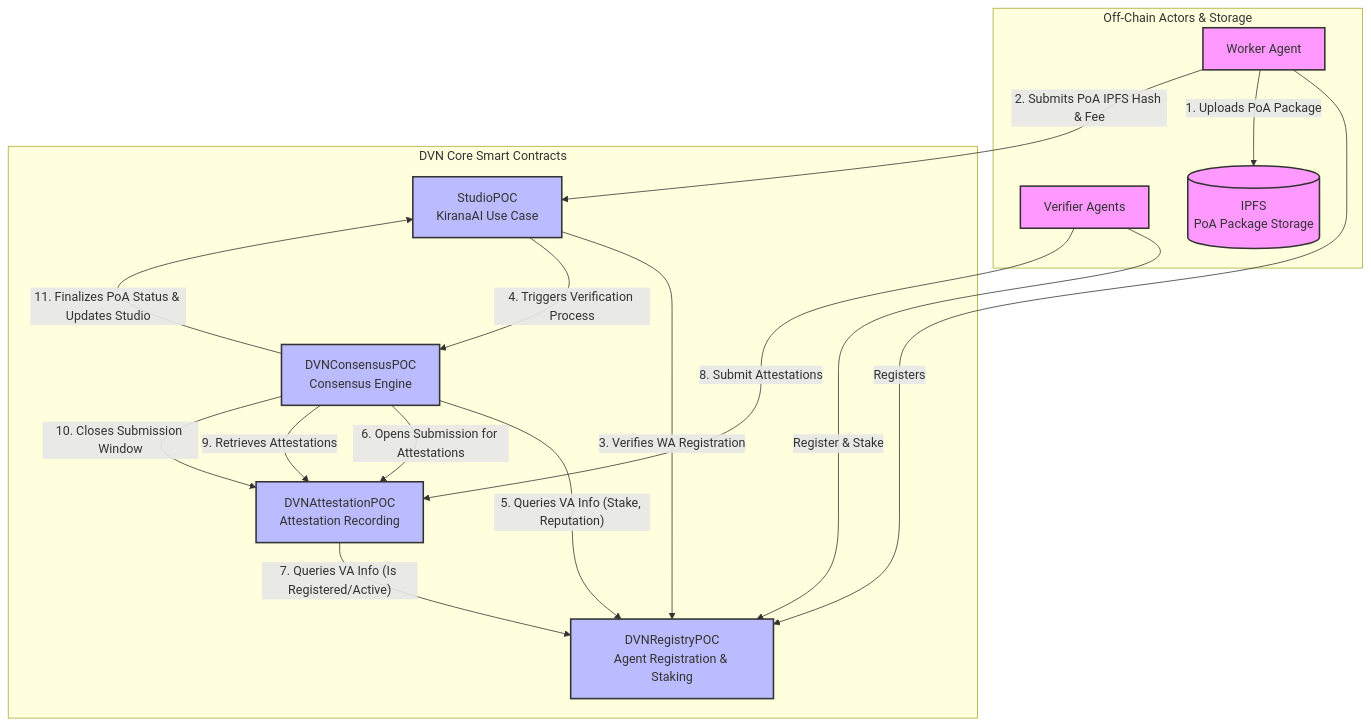
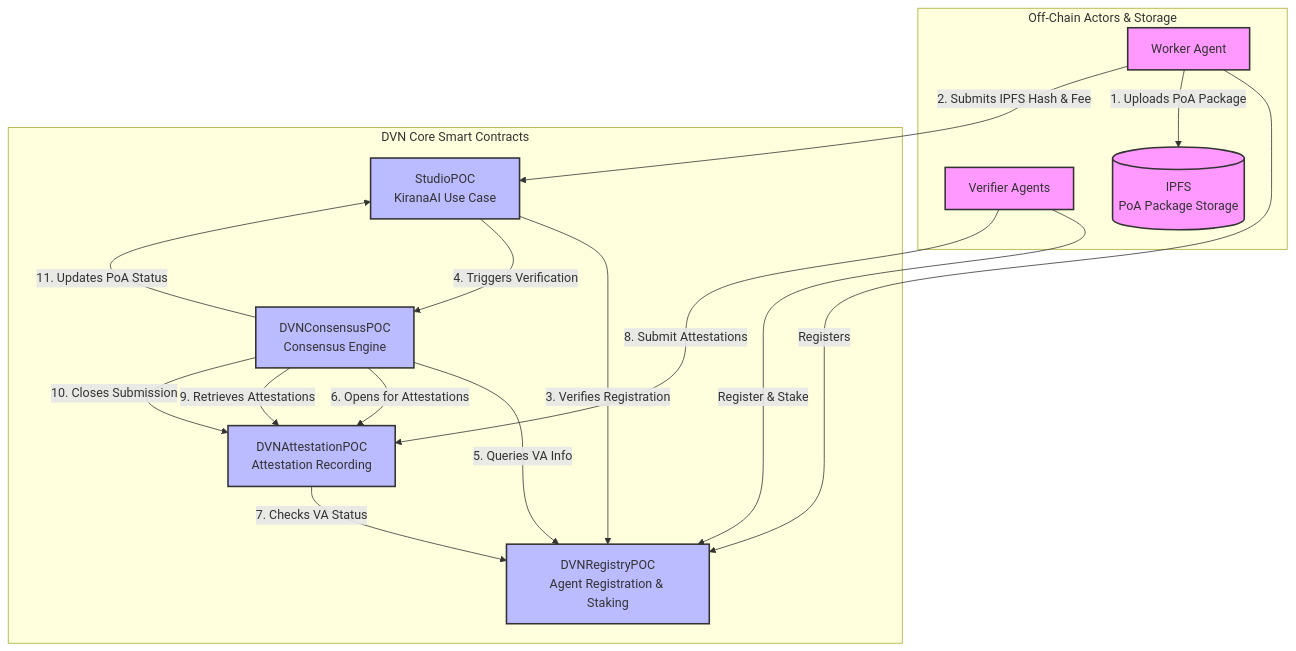
Before and after one commit to ChaosChain/chaoschain-dvn: the diagram in README.md, drawn with Mermaid.

````diff
--- a/README.md
+++ b/README.md
@@ -25,46 +25,41 @@
 ```mermaid
 graph TD
     subgraph OffChain["Off-Chain Actors & Storage"]
         WA[Worker Agent]
         VAs[Verifier Agents]
-        IPFS[(IPFS
-PoA Package Storage)]
+        IPFS[(IPFS<br/>PoA Package Storage)]
     end
 
     subgraph Contracts["DVN Core Smart Contracts"]
-        Registry[DVNRegistryPOC
-Agent Registration & Staking]
-        Studio[StudioPOC
-KiranaAI Use Case]
-        Attestation[DVNAttestationPOC
-Attestation Recording]
-        Consensus[DVNConsensusPOC
-Consensus Engine]
+        Registry[DVNRegistryPOC<br/>Agent Registration & Staking]
+        Studio[StudioPOC<br/>KiranaAI Use Case]
+        Attestation[DVNAttestationPOC<br/>Attestation Recording]
+        Consensus[DVNConsensusPOC<br/>Consensus Engine]
     end
 
     %% Agent Registration
     WA -->|Registers| Registry
-    VAs -->|"Register & Stake"| Registry
+    VAs -->|Register & Stake| Registry
 
     %% Work Submission Flow
-    WA -->|"1. Uploads PoA Package"| IPFS
-    WA -->|"2. Submits PoA IPFS Hash & Fee"| Studio
+    WA -->|1. Uploads PoA Package| IPFS
+    WA -->|2. Submits IPFS Hash & Fee| Studio
 
     %% Studio Processing
-    Studio -->|"3. Verifies WA Registration"| Registry
-    Studio -->|"4. Triggers Verification Process"| Consensus
+    Studio -->|3. Verifies Registration| Registry
+    Studio -->|4. Triggers Verification| Consensus
 
     %% Consensus & Attestation Flow
-    Consensus -->|"5. Queries VA Info (Stake, Reputation)"| Registry
-    Consensus -->|"6. Opens Submission for Attestations"| Attestation
-    Attestation -->|"7. Queries VA Info (Is Registered/Active)"| Registry
-    VAs -->|"8. Submit Attestations"| Attestation
-    Consensus -->|"9. Retrieves Attestations"| Attestation
-    Consensus -->|"10. Closes Submission Window"| Attestation
-    Consensus -->|"11. Finalizes PoA Status & Updates Studio"| Studio
+    Consensus -->|5. Queries VA Info| Registry
+    Consensus -->|6. Opens for Attestations| Attestation
+    Attestation -->|7. Checks VA Status| Registry
+    VAs -->|8. Submit Attestations| Attestation
+    Consensus -->|9. Retrieves Attestations| Attestation
+    Consensus -->|10. Closes Submission| Attestation
+    Consensus -->|11. Updates PoA Status| Studio
 
-    classDef offChain fill:#f9f,stroke:#333,stroke-width:2px;
-    classDef contract fill:#bbf,stroke:#333,stroke-width:2px;
-    class WA,VAs,IPFS offChain;
-    class Registry,Studio,Attestation,Consensus contract;
+    classDef offChain fill:#f9f,stroke:#333,stroke-width:2px
+    classDef contract fill:#bbf,stroke:#333,stroke-width:2px
+    class WA,VAs,IPFS offChain
+    class Registry,Studio,Attestation,Consensus contract
 ```
````
